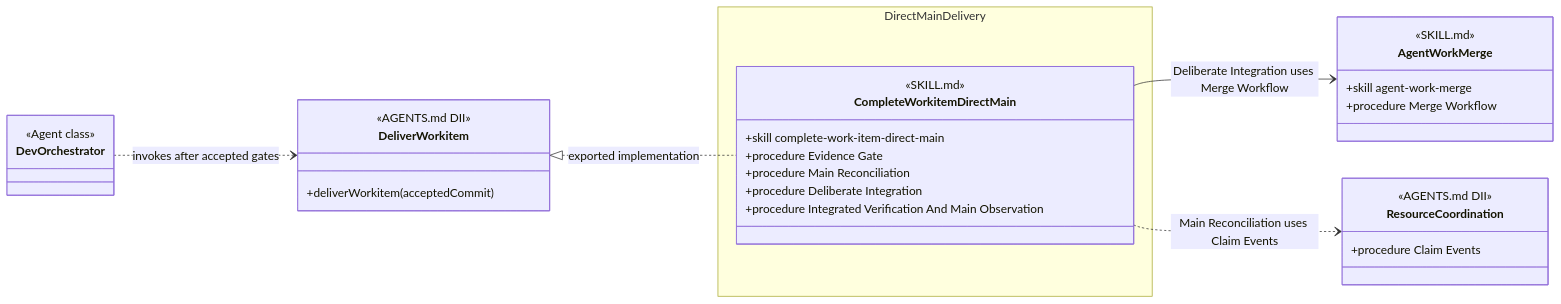
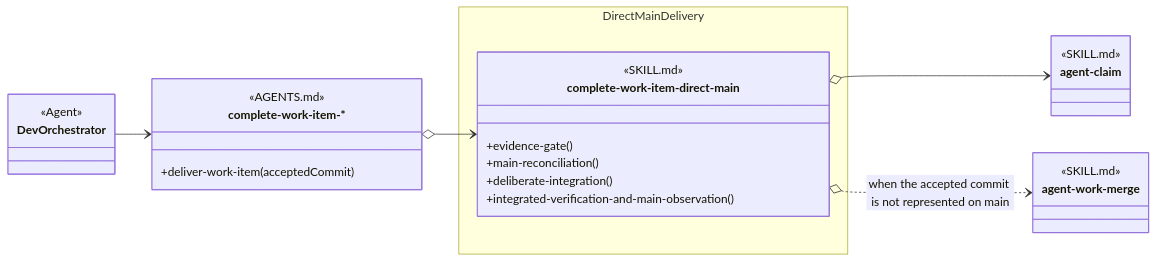
One commit to martinbechard/dev-methodology changed the diagram in design/skill-groups/direct-main-delivery.md. Above: the diagram before and after it, drawn with Mermaid. The commit also changed other lines of this file and 9 other files, not shown here.

````diff
--- a/design/skill-groups/direct-main-delivery.md
+++ b/design/skill-groups/direct-main-delivery.md
@@ -11,45 +11,39 @@
 ```mermaid
 classDiagram
     direction LR
 
     class DevOrchestrator {
-        <<Agent class>>
+        <<Agent>>
     }
 
-    class DeliverWorkitem {
-        <<AGENTS.md DII>>
-        +deliverWorkitem(acceptedCommit)
+    class DeliverWorkItem["complete-work-item-*"] {
+        <<AGENTS.md>>
+        +deliver-work-item(acceptedCommit)
     }
 
     namespace DirectMainDelivery {
-        class CompleteWorkitemDirectMain {
+        class complete-work-item-direct-main {
             <<SKILL.md>>
             <<Injectable Skill>>
-            <<Cross-group responsibility>>
-            +skill complete-work-item-direct-main
-            +procedure Evidence Gate
-            +procedure Main Reconciliation
-            +procedure Deliberate Integration
-            +procedure Integrated Verification And Main Observation
+            +evidence-gate()
+            +main-reconciliation()
+            +deliberate-integration()
+            +integrated-verification-and-main-observation()
         }
     }
 
-    class AgentWorkMerge {
+    class agent-claim {
         <<SKILL.md>>
         <<Cross-group>>
-        <<Peer Skill>>
-        +skill agent-work-merge
-        +procedure Merge Workflow
     }
 
-    class ResourceCoordination {
-        <<AGENTS.md DII>>
+    class agent-work-merge {
+        <<SKILL.md>>
         <<Cross-group>>
-        +procedure Claim Events
     }
 
-    DevOrchestrator ..> DeliverWorkitem : invokes after accepted gates
-    DeliverWorkitem <|.. CompleteWorkitemDirectMain : exported implementation
-    CompleteWorkitemDirectMain --> AgentWorkMerge : Deliberate Integration uses Merge Workflow
-    CompleteWorkitemDirectMain ..> ResourceCoordination : Main Reconciliation uses Claim Events
+    DevOrchestrator --> DeliverWorkItem
+    DeliverWorkItem o--> complete-work-item-direct-main
+    complete-work-item-direct-main o--> agent-claim
+    complete-work-item-direct-main o..> agent-work-merge : when the accepted commit is not represented on main
 ```
````
